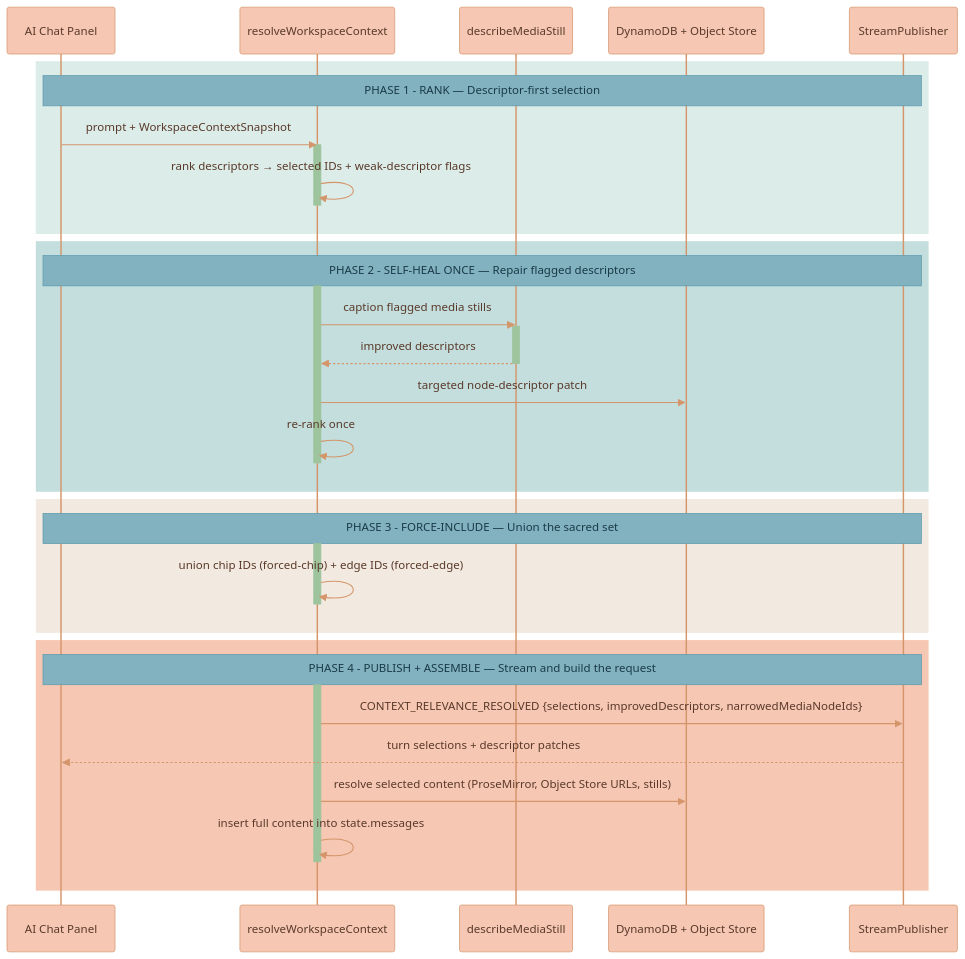
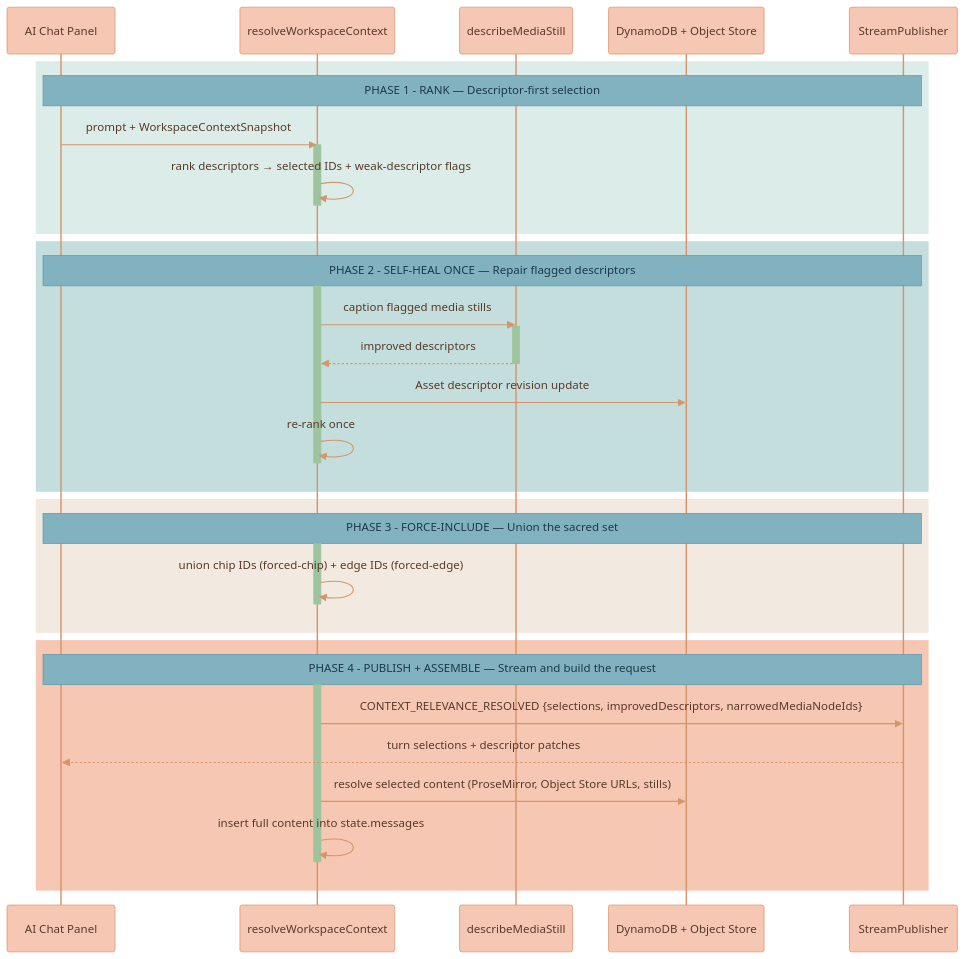
Before and after one commit to Lixpi/lixpi: the second of 2 diagrams in documentation/ai-chat/CONTEXT-RELEVANCE.md, drawn with Mermaid. The commit also changed other lines of this file and 225 other files, not shown here.

````diff
--- a/documentation/ai-chat/CONTEXT-RELEVANCE.md
+++ b/documentation/ai-chat/CONTEXT-RELEVANCE.md
@@ -171,58 +172,58 @@
 ```mermaid
 %%{init: {'theme': 'base', 'themeVariables': { 'noteBkgColor': '#82B2C0', 'noteTextColor': '#1a3a47', 'noteBorderColor': '#5a9aad', 'actorBkg': '#F6C7B3', 'actorBorder': '#d4956a', 'actorTextColor': '#5a3a2a', 'actorLineColor': '#d4956a', 'signalColor': '#d4956a', 'signalTextColor': '#5a3a2a', 'labelBoxBkgColor': '#F6C7B3', 'labelBoxBorderColor': '#d4956a', 'labelTextColor': '#5a3a2a', 'loopTextColor': '#5a3a2a', 'activationBorderColor': '#9DC49D', 'activationBkgColor': '#9DC49D', 'sequenceNumberColor': '#5a3a2a'}}}%%
 sequenceDiagram
     participant Panel as AI Chat Panel
     participant Resolver as resolveWorkspaceContext
     participant Describe as describeMediaStill
     participant Store as DynamoDB + Object Store
     participant Stream as StreamPublisher
 
     %% ═══════════════════════════════════════════════════════════════
     %% PHASE 1: RANK
     %% ═══════════════════════════════════════════════════════════════
     rect rgb(220, 236, 233)
         Note over Panel, Stream: PHASE 1 - RANK — Descriptor-first selection
         Panel->>Resolver: prompt + WorkspaceContextSnapshot
         activate Resolver
         Resolver->>Resolver: rank descriptors → selected IDs + weak-descriptor flags
         deactivate Resolver
     end
 
     %% ═══════════════════════════════════════════════════════════════
     %% PHASE 2: SELF-HEAL ONCE
     %% ═══════════════════════════════════════════════════════════════
     rect rgb(195, 222, 221)
         Note over Panel, Stream: PHASE 2 - SELF-HEAL ONCE — Repair flagged descriptors
         activate Resolver
         Resolver->>Describe: caption flagged media stills
         activate Describe
         Describe-->>Resolver: improved descriptors
         deactivate Describe
-        Resolver->>Store: targeted node-descriptor patch
+        Resolver->>Store: Asset descriptor revision update
         Resolver->>Resolver: re-rank once
         deactivate Resolver
     end
 
     %% ═══════════════════════════════════════════════════════════════
     %% PHASE 3: FORCE-INCLUDE
     %% ═══════════════════════════════════════════════════════════════
     rect rgb(242, 234, 224)
         Note over Panel, Stream: PHASE 3 - FORCE-INCLUDE — Union the sacred set
         activate Resolver
         Resolver->>Resolver: union chip IDs (forced-chip) + edge IDs (forced-edge)
         deactivate Resolver
     end
 
     %% ═══════════════════════════════════════════════════════════════
     %% PHASE 4: PUBLISH + ASSEMBLE
     %% ═══════════════════════════════════════════════════════════════
     rect rgb(246, 199, 179)
         Note over Panel, Stream: PHASE 4 - PUBLISH + ASSEMBLE — Stream and build the request
         activate Resolver
         Resolver->>Stream: CONTEXT_RELEVANCE_RESOLVED {selections, improvedDescriptors, narrowedMediaNodeIds}
         Stream-->>Panel: turn selections + descriptor patches
         Resolver->>Store: resolve selected content (ProseMirror, Object Store URLs, stills)
         Resolver->>Resolver: insert full content into state.messages
         deactivate Resolver
     end
 ```
````
